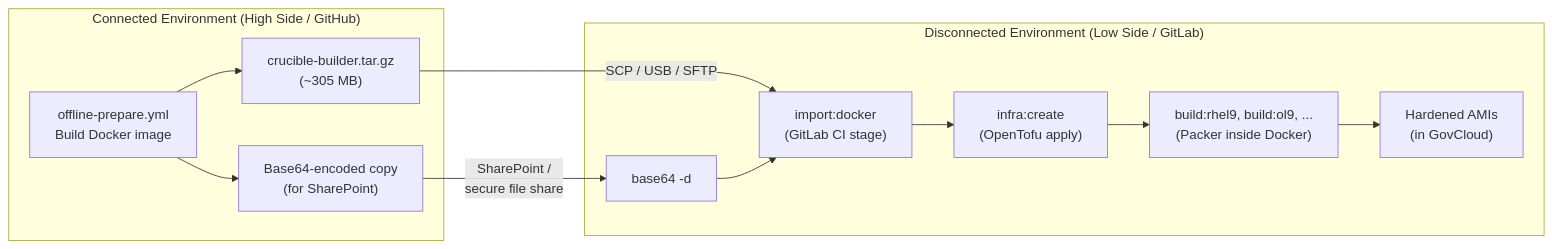
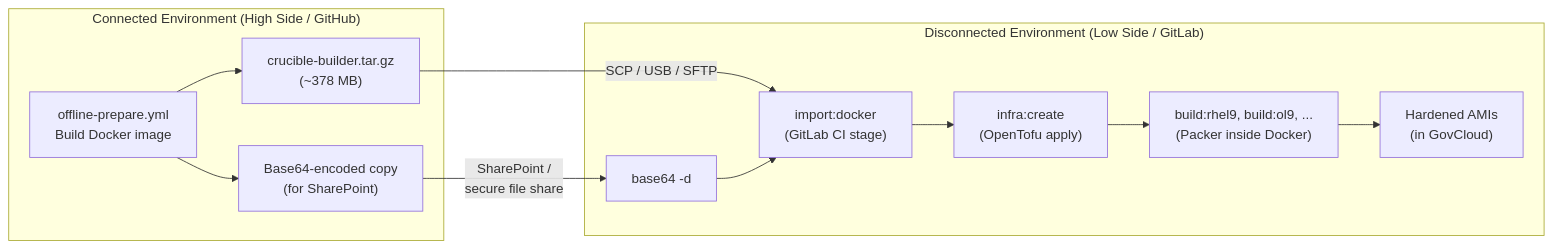
The second of 4 diagrams in docs/capability/reference-architecture.md (MetroStar/spel), drawn with Mermaid before and after one commit. The commit also changed 10 other files, not shown here.

````diff
--- a/docs/capability/reference-architecture.md
+++ b/docs/capability/reference-architecture.md
@@ -75,23 +75,23 @@
 ```mermaid
 flowchart LR
     subgraph high ["Connected Environment (High Side / GitHub)"]
         Prep["offline-prepare.yml<br/>Build Docker image"]
-        Tar["crucible-builder.tar.gz<br/>(~305 MB)"]
+        Tar["crucible-builder.tar.gz<br/>(~378 MB)"]
         B64["Base64-encoded copy<br/>(for SharePoint)"]
         Prep --> Tar
         Prep --> B64
     end
 
     Tar -->|"SCP / USB / SFTP"| Import
     B64 -->|"SharePoint /<br/>secure file share"| Decode
 
     subgraph low ["Disconnected Environment (Low Side / GitLab)"]
         Decode["base64 -d"]
         Import["import:docker<br/>(GitLab CI stage)"]
         Decode --> Import
         Infra["infra:create<br/>(OpenTofu apply)"]
         Build["build:rhel9, build:ol9, ...<br/>(Packer inside Docker)"]
         Import --> Infra --> Build
         Build --> AMI["Hardened AMIs<br/>(in GovCloud)"]
     end
 ```
````
